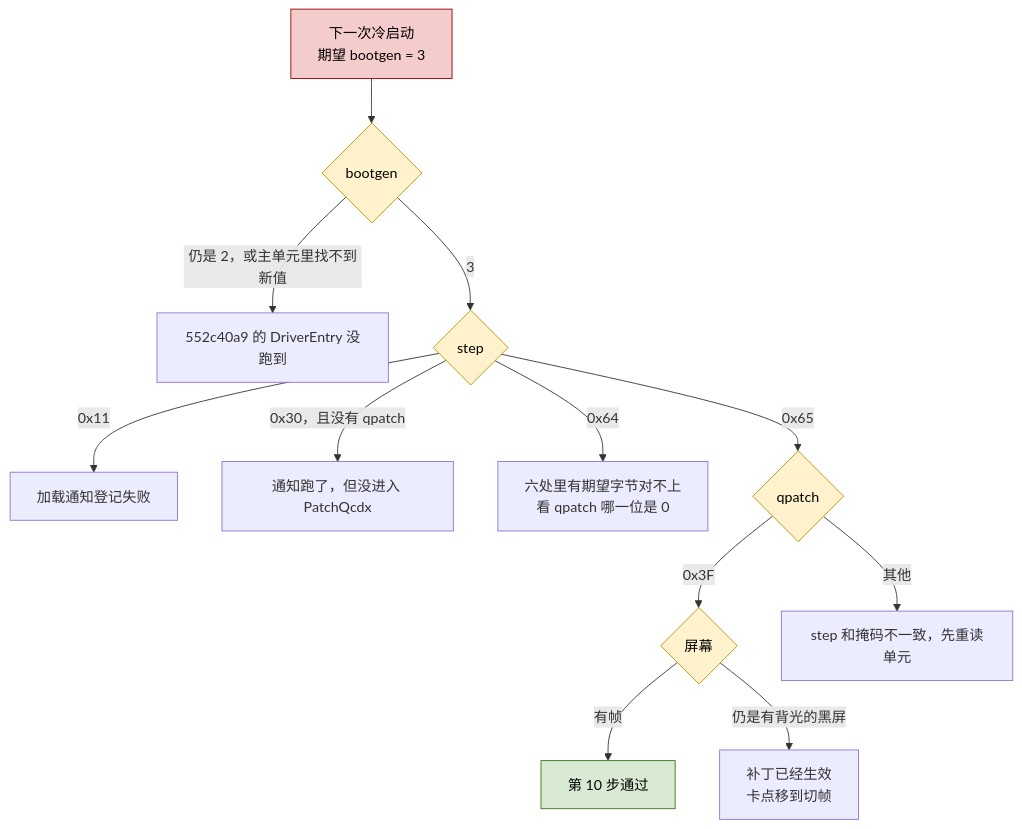
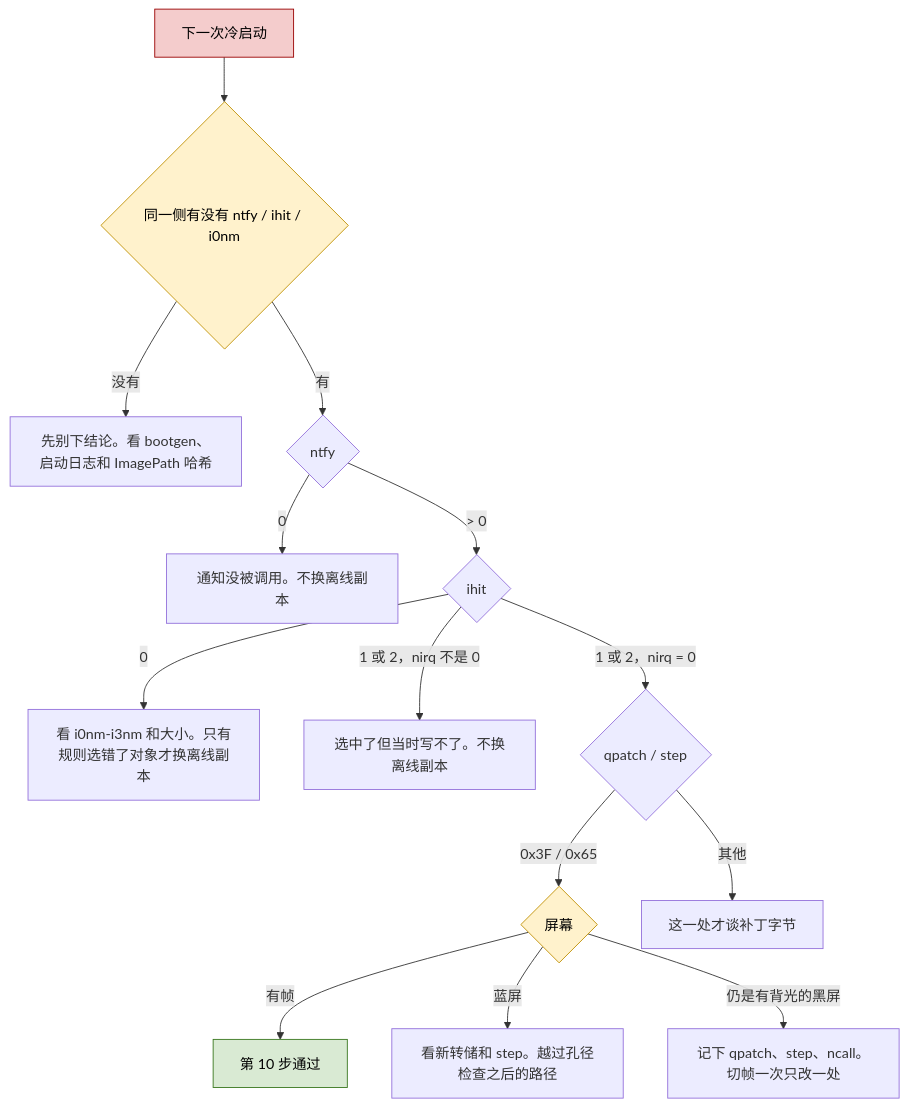
The fifth of 5 diagrams in docs/woa-dagu-gpu-timeline-2026-11-03.md (Huabin1010/dagu-mainline-linux), drawn with Mermaid before and after one commit. The commit also changed other lines of this file and 1 other file, not shown here.

First line of the commit message:
fix(gpu): 映射完成后再改 qcdx 代码页保护

````diff
--- a/docs/woa-dagu-gpu-timeline-2026-11-03.md
+++ b/docs/woa-dagu-gpu-timeline-2026-11-03.md
@@ -242,21 +252,23 @@
 ```mermaid
 flowchart TD
-  boot["下一次冷启动<br/>期望 bootgen = 3"] --> gen{"bootgen"}
-  gen -->|"仍是 2，或主单元里找不到新值"| old["552c40a9 的 DriverEntry 没跑到"]
-  gen -->|"3"| step{"step"}
-  step -->|"0x11"| noreg["加载通知登记失败"]
-  step -->|"0x30，且没有 qpatch"| nopatch["通知跑了，但没进入 PatchQcdx"]
-  step -->|"0x64"| bytes["六处里有期望字节对不上<br/>看 qpatch 哪一位是 0"]
-  step -->|"0x65"| patch{"qpatch"}
-  patch -->|"0x3F"| screen{"屏幕"}
-  patch -->|"其他"| bits["step 和掩码不一致，先重读单元"]
+  boot["下一次冷启动"] --> side{"同一侧有没有 ntfy / ihit / i0nm"}
+  side -->|"没有"| unclear["先别下结论。看 bootgen、启动日志和 ImagePath 哈希"]
+  side -->|"有"| ntfy{"ntfy"}
+  ntfy -->|"0"| noreg["通知没被调用。不换离线副本"]
+  ntfy -->|"> 0"| hit{"ihit"}
+  hit -->|"0"| names["看 i0nm-i3nm 和大小。只有规则选错了对象才换离线副本"]
+  hit -->|"1 或 2，nirq 不是 0"| irql["选中了但当时写不了。不换离线副本"]
+  hit -->|"1 或 2，nirq = 0"| patch{"qpatch / step"}
+  patch -->|"0x3F / 0x65"| screen{"屏幕"}
+  patch -->|"其他"| bytes["这一处才谈补丁字节"]
   screen -->|"有帧"| ok["第 10 步通过"]
-  screen -->|"仍是有背光的黑屏"| frame["补丁已经生效<br/>卡点移到切帧"]
+  screen -->|"蓝屏"| dump["看新转储和 step。越过孔径检查之后的路径"]
+  screen -->|"仍是有背光的黑屏"| frame["记下 qpatch、step、ncall。切帧一次只改一处"]
 
   classDef now fill:#f4cccc,stroke:#990000,color:#000
   classDef next fill:#fff2cc,stroke:#bf9000,color:#000
   classDef ok fill:#d9ead3,stroke:#38761d,color:#000
   class boot now
-  class gen,step,patch,screen next
+  class side,step,why,screen next
   class ok ok
 ```
````
